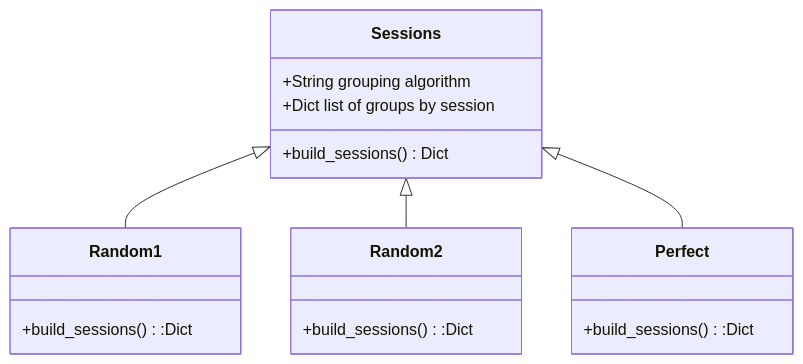
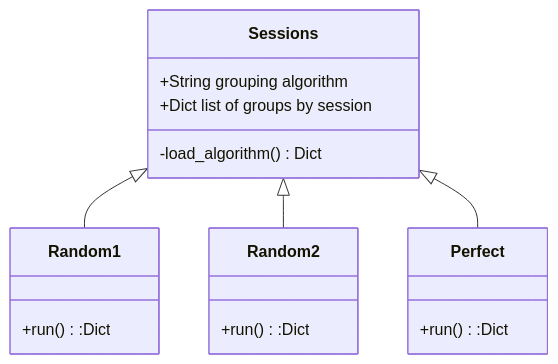
Before and after one commit to cswaim/breakout_groups: the second of 2 diagrams in doc/sys-diagram.md, drawn with Mermaid. The commit also changed other lines of this file and 10 other files, not shown here.

````diff
--- a/doc/sys-diagram.md
+++ b/doc/sys-diagram.md
@@ -62,18 +62,18 @@
 ```mermaid
   classDiagram
       Sessions <|-- Random1
       Sessions <|-- Random2
       Sessions <|-- Perfect
       Sessions : +String grouping algorithm
       Sessions : +Dict list of groups by session
-      Sessions : +build_sessions() Dict
+      Sessions : -load_algorithm() Dict
       class Random1{
-        +build_sessions():Dict
+        +run():Dict
       }
       class Random2{
-        +build_sessions():Dict
+        +run():Dict
       }
       class Perfect{
-        +build_sessions():Dict
+        +run():Dict
       }
 ```
````
